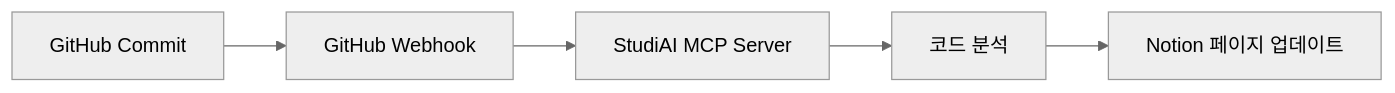
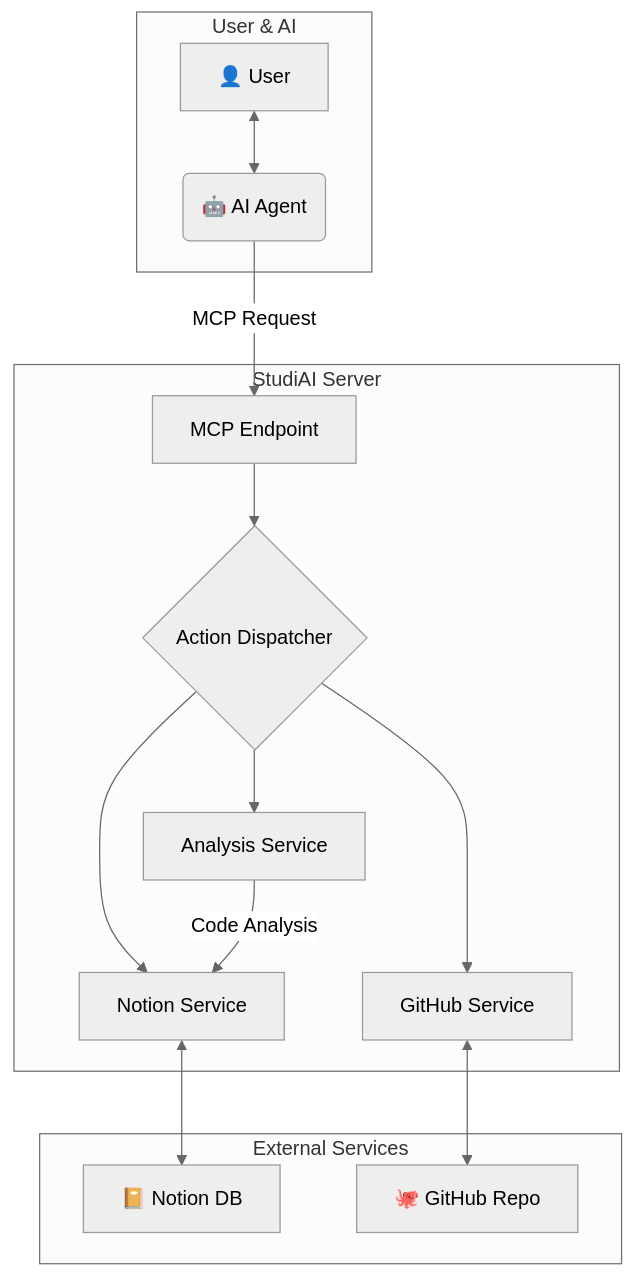
Before and after one commit to junyeobee/StudiAI: the diagram in README.md, drawn with Mermaid (neutral theme). The commit also changed other lines of this file, not shown here.

````diff
--- a/README.md
+++ b/README.md
@@ -91,7 +38,23 @@
 ```mermaid
-graph LR
-A[GitHub Commit] --> B[GitHub Webhook]
-B --> C[StudiAI MCP Server]
-C --> D[코드 분석]
-D --> E[Notion 페이지 업데이트]
+graph TD
+    subgraph User & AI
+        A[👤 User] <--> B(🤖 AI Agent);
+    end
+
+    subgraph StudiAI Server
+        C[MCP Endpoint] --> D{Action Dispatcher};
+        D --> E[Notion Service];
+        D --> F[GitHub Service];
+        D --> G[Analysis Service];
+    end
+
+    subgraph External Services
+        H[📔 Notion DB];
+        I[🐙 GitHub Repo];
+    end
+
+    B -- MCP Request --> C;
+    E <--> H;
+    F <--> I;
+    G -- Code Analysis --> E;
 ```
````
